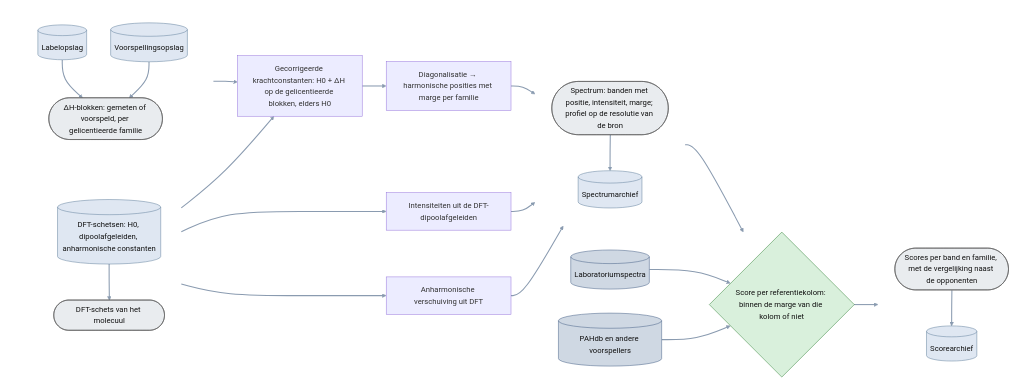
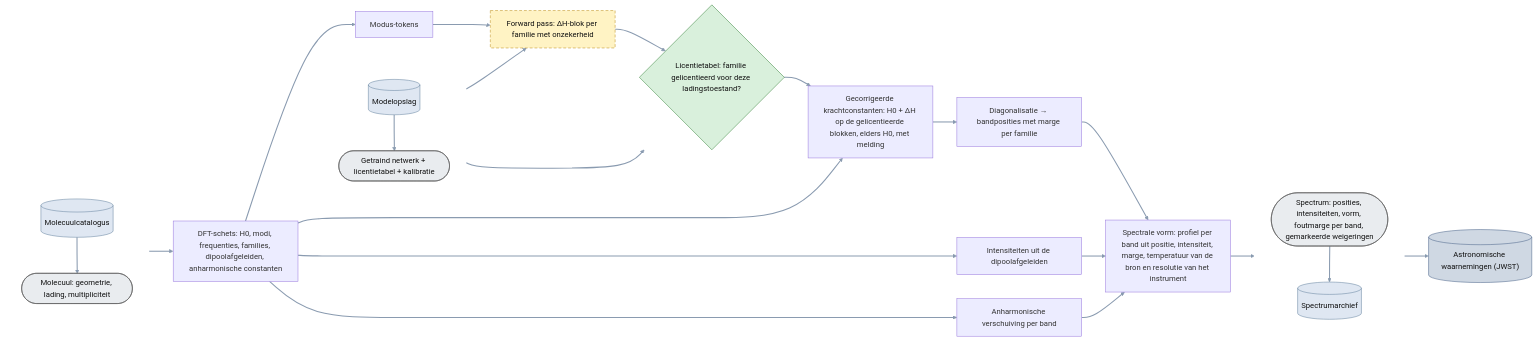
The fifth of 8 diagrams in plans/05_delta-probed-ir-pipeline/GoalGathering/architecture/ARCHITECTURE.md (thebreadishard/udacity-capstone-plan), drawn with Mermaid before and after one commit. The commit also changed other lines of this file and 7 other files, not shown here.

Commit message:
Plan 05 architecture: four kinds of diagram separated (data creation: labels + corpus; training/validation/test with the score as the test; pipeline with the forward pass as one box, a spectral-shape step and the JWST endpoint; research process); overview of the four with their stores

````diff
--- a/plans/05_delta-probed-ir-pipeline/GoalGathering/architecture/ARCHITECTURE.md
+++ b/plans/05_delta-probed-ir-pipeline/GoalGathering/architecture/ARCHITECTURE.md
@@ -226,57 +248,54 @@
 ```mermaid
-%% Doelarchitectuur — Spectrum en score (niveau 3).
-%% Rechthoek = processtap; ronde uiteinden = data-object; cilinder = opslag (onder het data-object); ruit = poort.
+%% Pipeline (niveau 3): wat er staat als onderzoek en training klaar zijn. Een molecuul zonder laboratoriumspectrum in, een spectrum met foutmarge uit.
+%% Rechthoek = processtap; ronde uiteinden = data-object; cilinder = opslag (onder het data-object); ruit = poort. Gestippeld = nog niet gebouwd. De forward pass is één figuurtje.
 flowchart LR
   linkStyle default stroke:#8a9bb0,stroke-width:2.2px
+  classDef planned stroke-dasharray: 6 4,stroke:#b8860b,fill:#fff3c4,color:#111
   classDef data fill:#e9ecef,stroke:#555,color:#111
-  classDef ext fill:#cfd8e3,stroke:#3d5a80,color:#111
   classDef gate fill:#d9f0dc,stroke:#2e7d32,color:#111
   classDef store fill:#dfe7f2,stroke:#5b7a99,color:#111
+  classDef ext fill:#cfd8e3,stroke:#3d5a80,color:#111
 
-  subgraph IN1 [" "]
+  subgraph IN [" "]
     direction TB
-    DH(["ΔH-blokken: gemeten of voorspeld, per gelicentieerde familie"]):::data
-    LABELS[("Labelopslag")]:::store
-    PREDS[("Voorspellingsopslag")]:::store
-    LABELS --> DH
-    PREDS --> DH
+    MOL(["Molecuul: geometrie, lading, multipliciteit"]):::data
+    CAT[("Molecuulcatalogus")]:::store
+    CAT --> MOL
   end
-  subgraph IN2 [" "]
+  SK["DFT-schets: H0, modi, frequenties, families, dipoolafgeleiden, anharmonische constanten"]
+  TOK["Modus-tokens"]
+  subgraph MD [" "]
     direction TB
-    H0(["DFT-schets van het molecuul"]):::data
-    SKETCHDB[("DFT-schetsen: H0, dipoolafgeleiden, anharmonische constanten")]:::store
-    SKETCHDB --> H0
+    NETW(["Getraind netwerk + licentietabel + kalibratie"]):::data
+    MODELS[("Modelopslag")]:::store
+    MODELS --> NETW
   end
-  SUM["Gecorrigeerde krachtconstanten: H0 + ΔH op de gelicentieerde blokken, elders H0"]
-  EIG["Diagonalisatie → harmonische posities met marge per familie"]
-  INT["Intensiteiten uit de DFT-dipoolafgeleiden"]
-  ANH["Anharmonische verschuiving uit DFT"]
-  subgraph SP [" "]
+  FWD["Forward pass: ΔH-blok per familie met onzekerheid"]:::planned
+  GATE{"Licentietabel: familie gelicentieerd voor deze ladingstoestand?"}:::gate
+  APPLY["Gecorrigeerde krachtconstanten: H0 + ΔH op de gelicentieerde blokken, elders H0, met melding"]
+  EIG["Diagonalisatie → bandposities met marge per familie"]
+  INT["Intensiteiten uit de dipoolafgeleiden"]
+  ANH["Anharmonische verschuiving per band"]
+  SHAPE["Spectrale vorm: profiel per band uit positie, intensiteit, marge, temperatuur van de bron en resolutie van het instrument"]
+  subgraph OUT [" "]
     direction TB
-    SPEC(["Spectrum: banden met positie, intensiteit, marge; profiel op de resolutie van de bron"]):::data
+    SPEC(["Spectrum: posities, intensiteiten, vorm, foutmarge per band, gemarkeerde weigeringen"]):::data
     SPECS[("Spectrumarchief")]:::store
     SPEC --> SPECS
   end
-  LABDB[("Laboratoriumspectra")]:::ext
-  PAHDB[("PAHdb en andere voorspellers")]:::ext
-  SB{"Score per referentiekolom: binnen de marge van die kolom of niet"}:::gate
-  subgraph RS [" "]
-    direction TB
-    RES(["Scores per band en familie, met de vergelijking naast de opponenten"]):::data
-    RESS[("Scorearchief")]:::store
-    RES --> RESS
-  end
-  style IN1 fill:none,stroke:none
-  style IN2 fill:none,stroke:none
-  style SP fill:none,stroke:none
-  style RS fill:none,stroke:none
+  JWST[("Astronomische waarnemingen (JWST)")]:::ext
+  style IN fill:none,stroke:none
+  style MD fill:none,stroke:none
+  style OUT fill:none,stroke:none
 
-  DH --> SUM
-  H0 --> SUM --> EIG --> SPEC
-  H0 --> INT --> SPEC
-  H0 --> ANH --> SPEC
-  SPEC --> SB
-  LABDB --> SB
-  PAHDB --> SB
-  SB --> RES
+  MOL --> SK --> TOK --> FWD
+  NETW --> FWD
+  FWD --> GATE
+  NETW --> GATE
+  GATE --> APPLY
+  SK --> APPLY
+  APPLY --> EIG --> SHAPE
+  SK --> INT --> SHAPE
+  SK --> ANH --> SHAPE
+  SHAPE --> SPEC --> JWST
 ```
````
